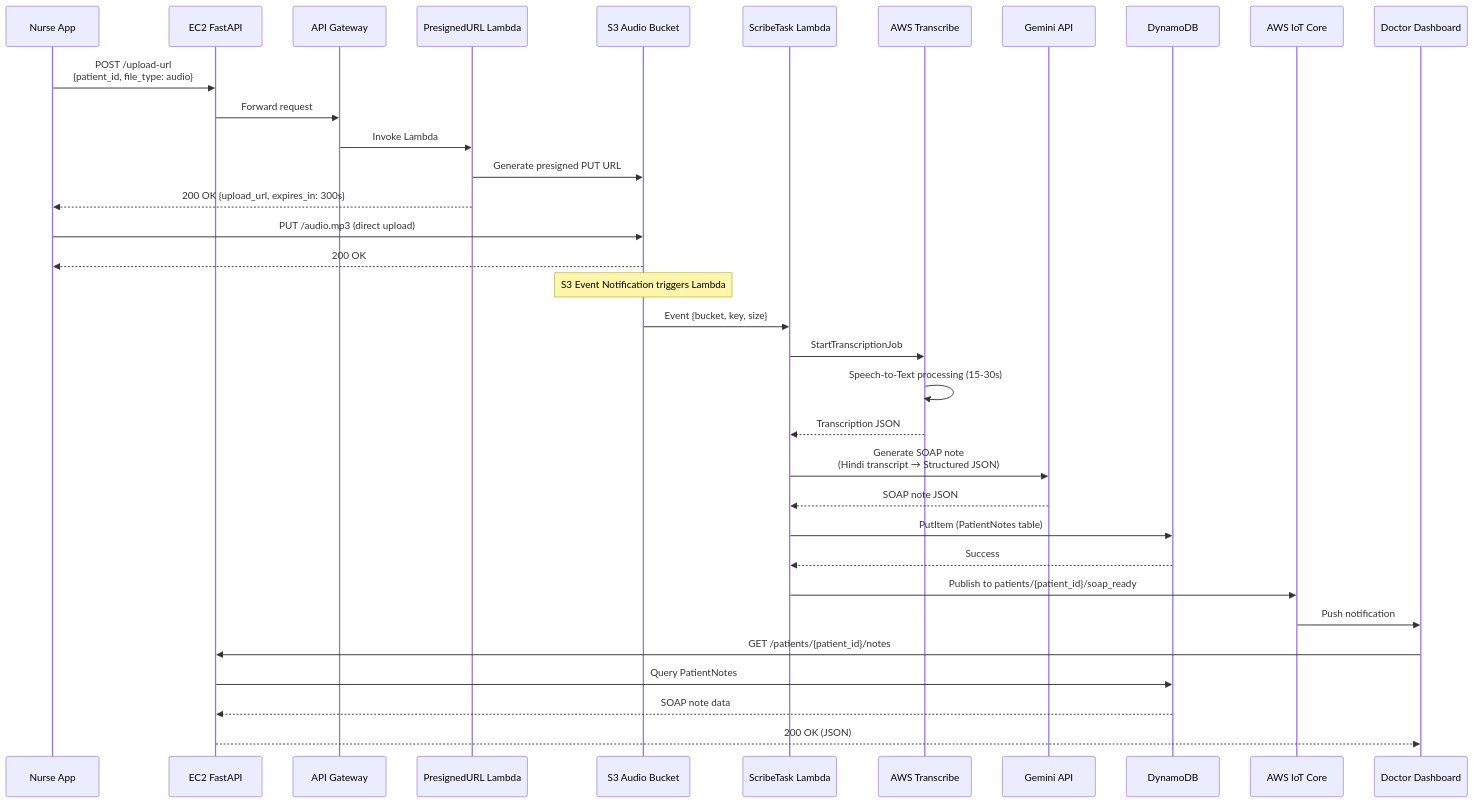
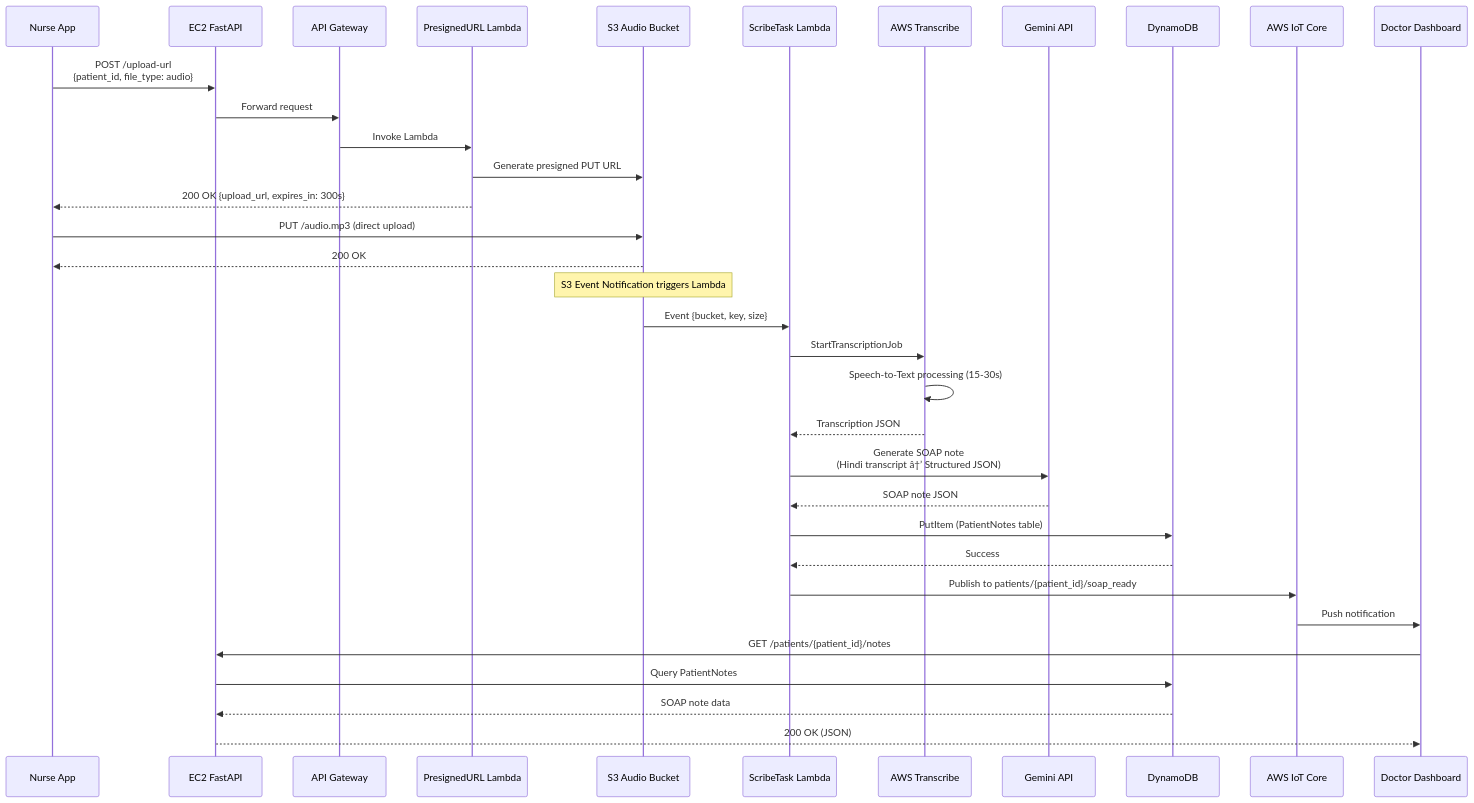
Before and after one commit to Abhishek040207/Bored.io: the fourth of 6 diagrams in docs/AWS_INFRASTRUCTURE.md, drawn with Mermaid. The commit also changed other lines of this file and 33 other files, not shown here.

````diff
--- a/docs/AWS_INFRASTRUCTURE.md
+++ b/docs/AWS_INFRASTRUCTURE.md
@@ -506,44 +506,44 @@
 ```mermaid
 sequenceDiagram
     participant N as Nurse App
     participant EC2 as EC2 FastAPI
     participant APIGW as API Gateway
     participant L1 as PresignedURL Lambda
     participant S3 as S3 Audio Bucket
     participant L2 as ScribeTask Lambda
     participant Transcribe as AWS Transcribe
     participant Gemini as Gemini API
     participant DDB as DynamoDB
     participant IoT as AWS IoT Core
     participant D as Doctor Dashboard
 
     N->>EC2: POST /upload-url<br/>{patient_id, file_type: audio}
     EC2->>APIGW: Forward request
     APIGW->>L1: Invoke Lambda
     L1->>S3: Generate presigned PUT URL
     L1-->>N: 200 OK {upload_url, expires_in: 300s}
     
     N->>S3: PUT /audio.mp3 (direct upload)
     S3-->>N: 200 OK
     
     Note over S3: S3 Event Notification triggers Lambda
     S3->>L2: Event {bucket, key, size}
     
     L2->>Transcribe: StartTranscriptionJob
     Transcribe->>Transcribe: Speech-to-Text processing (15-30s)
     Transcribe-->>L2: Transcription JSON
     
-    L2->>Gemini: Generate SOAP note<br/>(Hindi transcript → Structured JSON)
+    L2->>Gemini: Generate SOAP note<br/>(Hindi transcript â†’ Structured JSON)
     Gemini-->>L2: SOAP note JSON
     
     L2->>DDB: PutItem (PatientNotes table)
     DDB-->>L2: Success
     
     L2->>IoT: Publish to patients/{patient_id}/soap_ready
     IoT->>D: Push notification
     
     D->>EC2: GET /patients/{patient_id}/notes
     EC2->>DDB: Query PatientNotes
     DDB-->>EC2: SOAP note data
     EC2-->>D: 200 OK (JSON)
 ```
````
